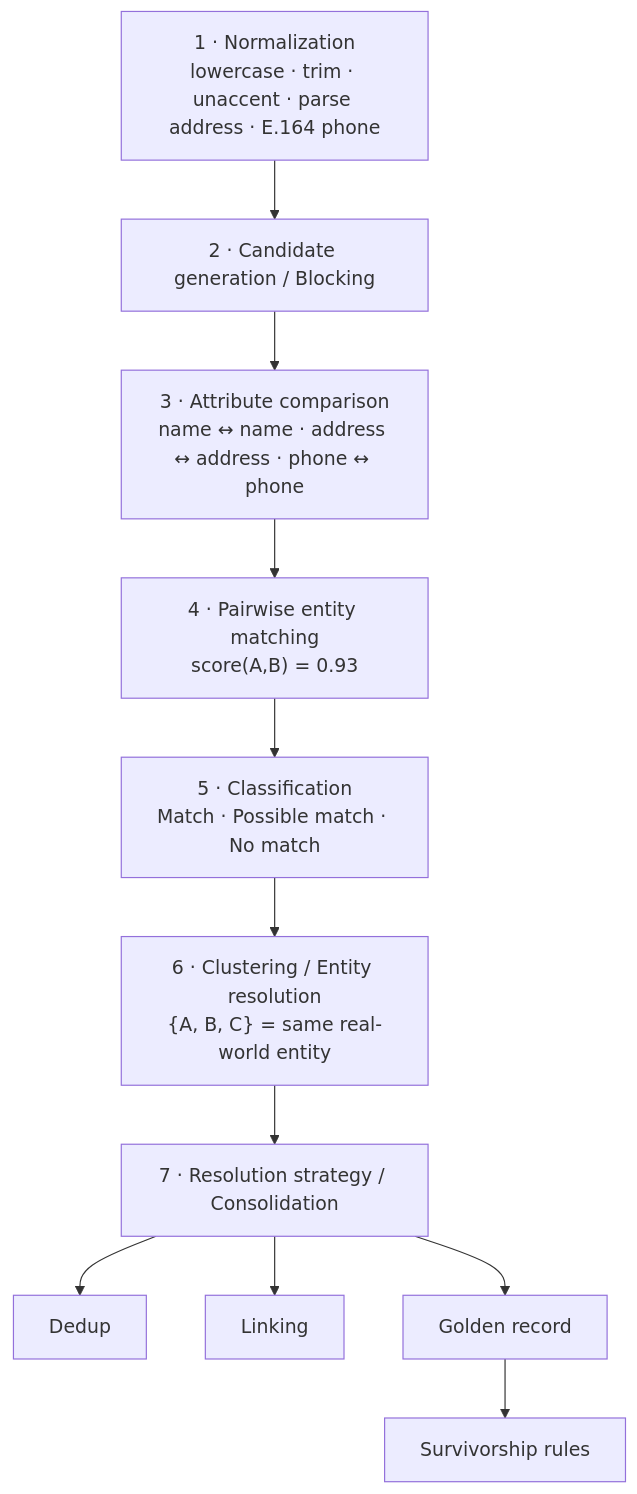
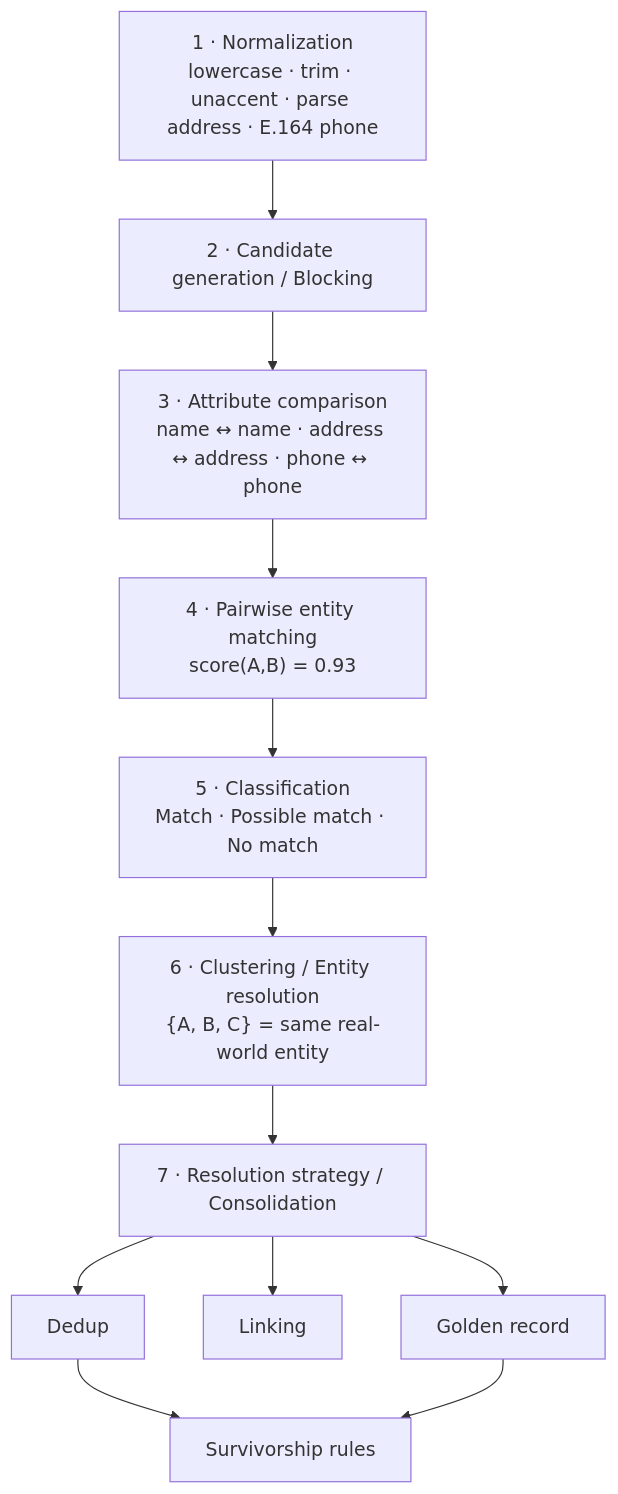
Before and after one commit to chboudry/fraud: the diagram in pipeline/10-entity-resolution/README.md, drawn with Mermaid. The commit also changed other lines of this file and 1 other file, not shown here.

````diff
--- a/pipeline/10-entity-resolution/README.md
+++ b/pipeline/10-entity-resolution/README.md
@@ -5,17 +5,18 @@
 ```mermaid
 flowchart TD
     S0["1 · Normalization<br/>lowercase · trim · unaccent · parse address · E.164 phone"]
     S1["2 · Candidate generation / Blocking"]
     S2["3 · Attribute comparison<br/>name ↔ name · address ↔ address · phone ↔ phone"]
     S3["4 · Pairwise entity matching<br/>score(A,B) = 0.93"]
     S4["5 · Classification<br/>Match · Possible match · No match"]
     S5["6 · Clustering / Entity resolution<br/>{A, B, C} = same real-world entity"]
     S6["7 · Resolution strategy / Consolidation"]
 
     S0 --> S1 --> S2 --> S3 --> S4 --> S5 --> S6
 
     S6 --> D["Dedup"]
     S6 --> L["Linking"]
     S6 --> G["Golden record"]
-    G --> SR["Survivorship rules"]
+    D --> SR["Survivorship rules"]
+    G --> SR
 ```
````
